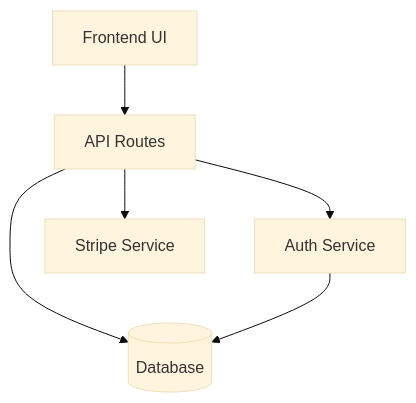
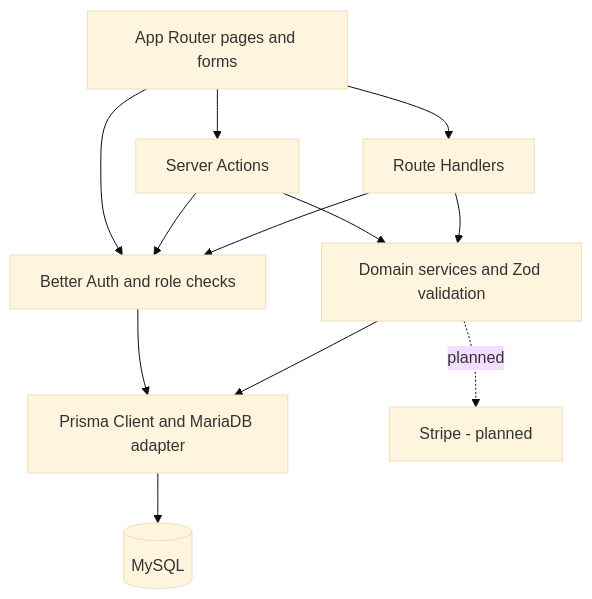
The diagram in docs/diagrams/components.md (angelacollings/binrun), drawn with Mermaid (base theme) before and after one commit. The commit also changed 5 other files, not shown here.

````diff
--- a/docs/diagrams/components.md
+++ b/docs/diagrams/components.md
@@ -3,16 +3,23 @@
 ```mermaid
 graph TD
-UI[Frontend UI]
-API[API Routes]
-Auth[Auth Service]
-DB[(Database)]
-Stripe[Stripe Service]
+    UI[App Router pages and forms]
+    Actions[Server Actions]
+    API[Route Handlers]
+    Auth[Better Auth and role checks]
+    Services[Domain services and Zod validation]
+    Prisma[Prisma Client and MariaDB adapter]
+    DB[(MySQL)]
+    Stripe[Stripe - planned]
 
+    UI --> Actions
     UI --> API
+    UI --> Auth
+    Actions --> Auth
     API --> Auth
-    API --> DB
-    API --> Stripe
-
-    Auth --> DB
-
+    Actions --> Services
+    API --> Services
+    Auth --> Prisma
+    Services --> Prisma
+    Prisma --> DB
+    Services -. planned .-> Stripe
 ```
````
